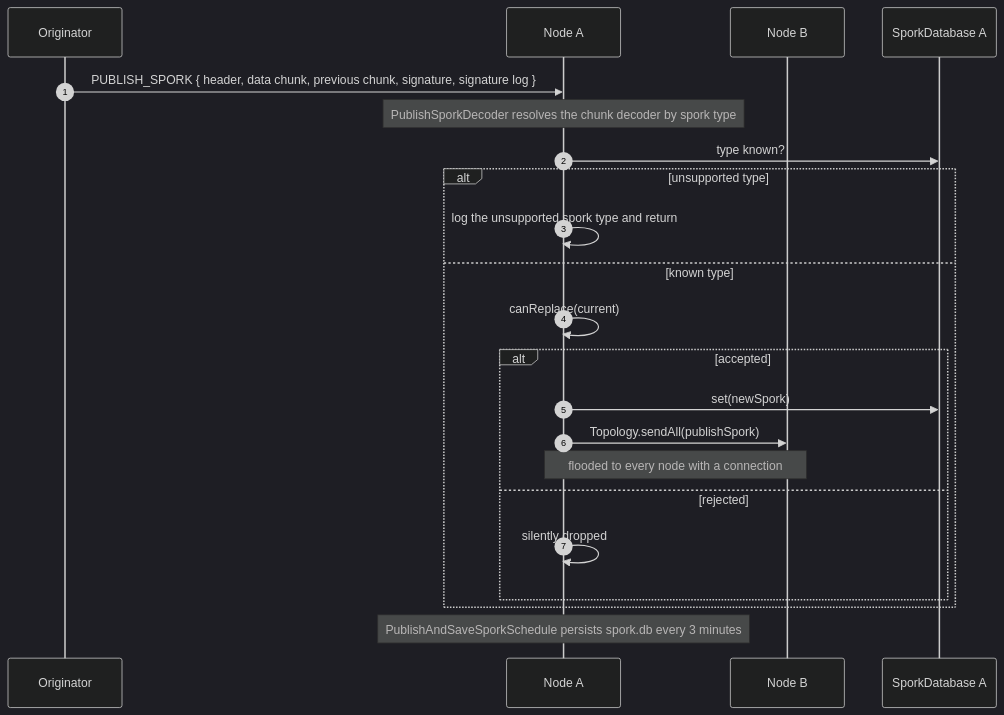
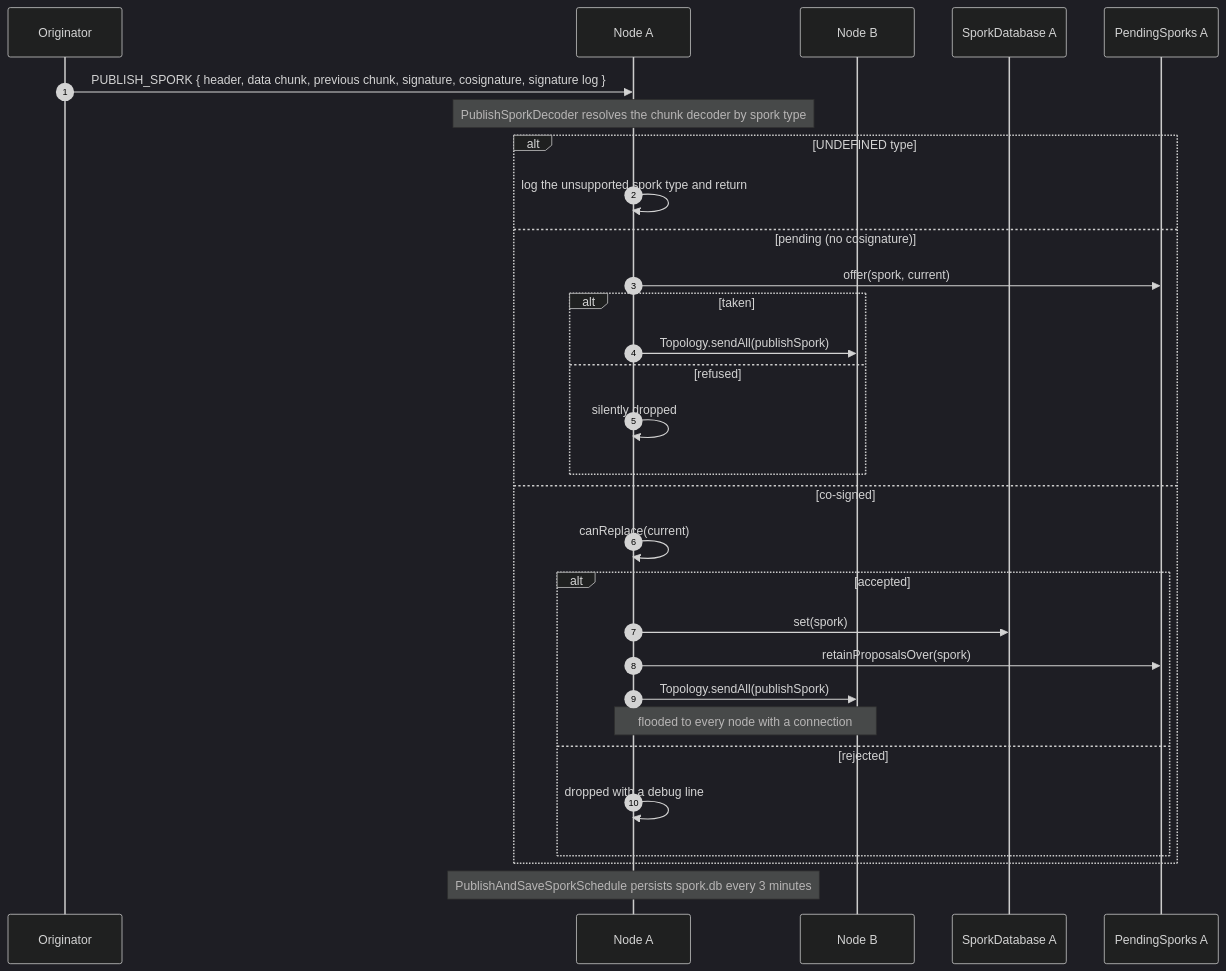
Before and after one commit to unigrid-project/hedgehog: the fifth of 5 diagrams in documentation/network-protocol.md, drawn with Mermaid (dark theme). The commit also changed other lines of this file, not shown here.

Commit message:
Document the co-signed spork wire layout and version 0.0.4

````diff
--- a/documentation/network-protocol.md
+++ b/documentation/network-protocol.md
@@ -1128,25 +1151,33 @@
 ```mermaid
 sequenceDiagram
     autonumber
     participant O as Originator
     participant A as Node A
     participant B as Node B
     participant DB as SporkDatabase A
+    participant P as PendingSporks A
 
-    O->>A: PUBLISH_SPORK { header, data chunk, previous chunk, signature, signature log }
+    O->>A: PUBLISH_SPORK { header, data chunk, previous chunk, signature, cosignature, signature log }
     Note over A: PublishSporkDecoder resolves the chunk decoder by spork type
-    A->>DB: type known?
-    alt unsupported type
+    alt UNDEFINED type
         A->>A: log the unsupported spork type and return
-    else known type
+    else pending (no cosignature)
+        A->>P: offer(spork, current)
+        alt taken
+            A->>B: Topology.sendAll(publishSpork)
+        else refused
+            A->>A: silently dropped
+        end
+    else co-signed
         A->>A: canReplace(current)
         alt accepted
-            A->>DB: set(newSpork)
+            A->>DB: set(spork)
+            A->>P: retainProposalsOver(spork)
             A->>B: Topology.sendAll(publishSpork)
             Note over A,B: flooded to every node with a connection
         else rejected
-            A->>A: silently dropped
+            A->>A: dropped with a debug line
         end
     end
     Note over A: PublishAndSaveSporkSchedule persists spork.db every 3 minutes
 ```
````
